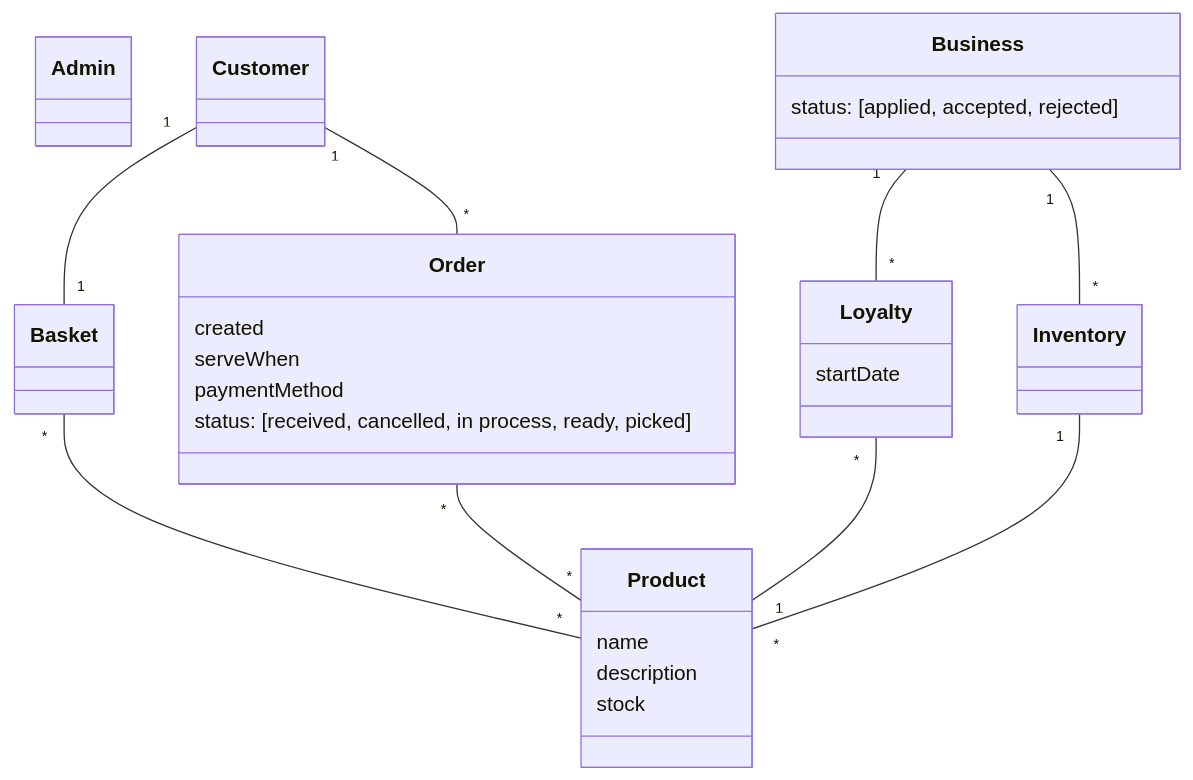
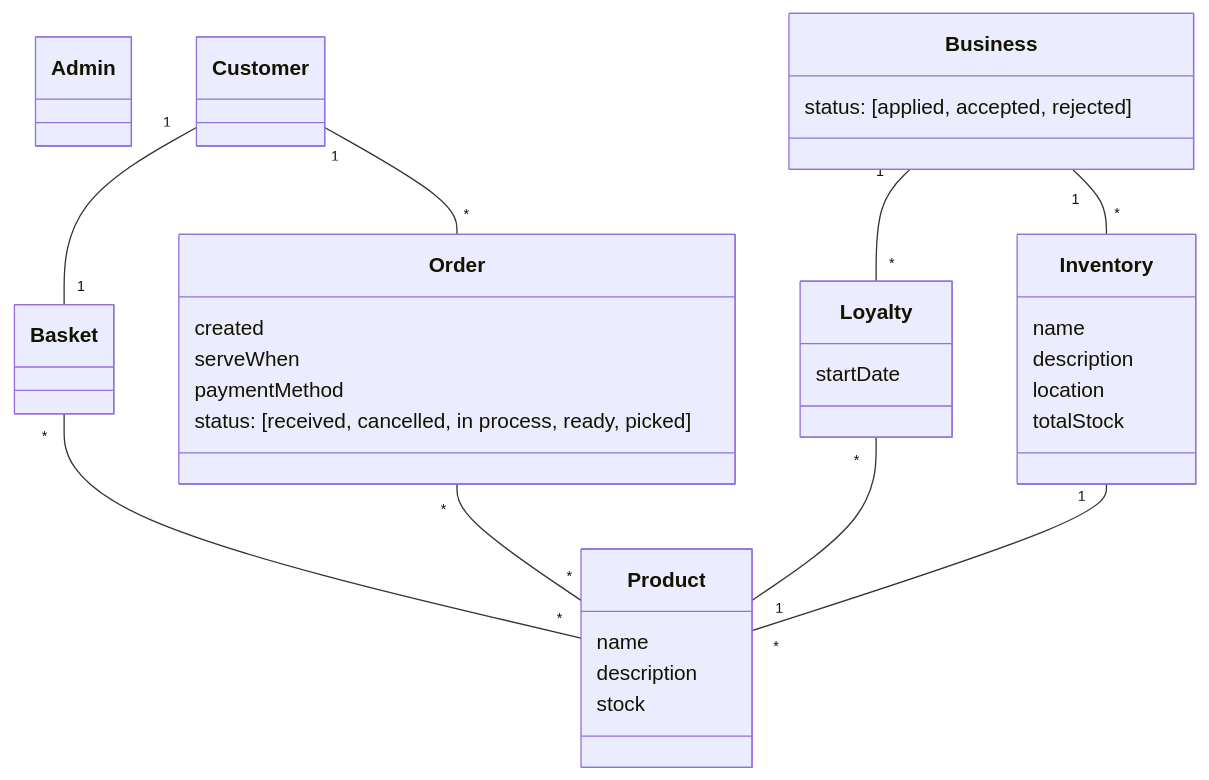
Before and after one commit to UdL-EPS-SoftArch/mycoffe-api: the diagram in README.md, drawn with Mermaid.

Commit message:
Update README.md
New Readme

````diff
--- a/README.md
+++ b/README.md
@@ -39,33 +39,38 @@
 ```mermaid
 classDiagram
 class Admin { }
 class Customer { }
 class Basket { }
 class Order {
     created
     serveWhen
     paymentMethod
     status: [received, cancelled, in process, ready, picked]
 }
 class Business {
     status: [applied, accepted, rejected]
 }
 class Loyalty {
     startDate
 }
-class Inventory { }
+class Inventory {
+    name
+    description
+    location
+    totalStock
+}
 class Product {
     name
     description
     stock
 }
 
 Customer "1" -- "1" Basket
 Customer "1" -- "*" Order
 Basket "*" -- "*" Product
 Order "*" -- "*" Product
 Business "1" -- "*" Loyalty
 Business "1" -- "*" Inventory
 Loyalty "*" -- "1" Product
 Inventory "1" -- "*" Product
 ```
````
